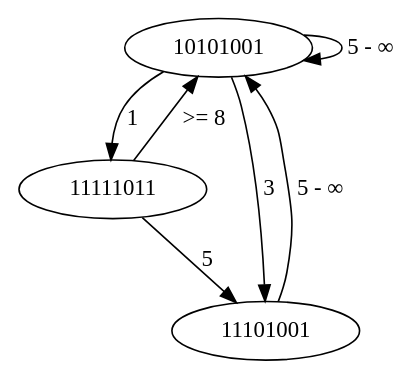
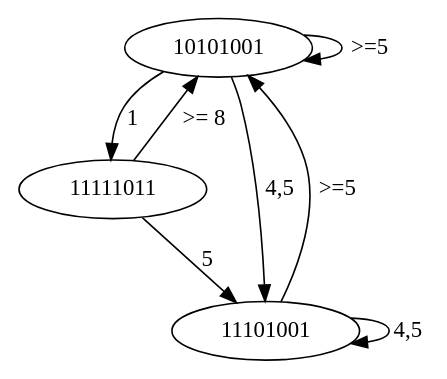
One commit to Sholde/Graph changed the diagram in reduced_graph.dot. Above: the diagram before and after it, drawn with Graphviz. The commit also changed 3 other files, not shown here.

```diff
--- a/reduced_graph.dot
+++ b/reduced_graph.dot
@@ -1,13 +1,13 @@
 digraph {
-    10101001 -> 10101001[label="5 - ∞",weight="1"];
+    // 10101001
+    10101001 -> 10101001[label=">=5",weight="1"];
+    10101001 -> 11111011[label="1",weight="1"];
+    10101001 -> 11101001[label="4,5",weight="1"];
 
-    10101001 -> 11111011[label="1",weight="1"];
+    // 11111011
+    11111011 -> 11101001[label="5",weight="1"];
+    11111011 -> 10101001[label=">= 8",weight="1"];
 
-    10101001 -> 11101001[label="3",weight="1"];
-
-    11111011 -> 11101001[label="5",weight="1"];
-
-    11101001 -> 10101001[label="5 - ∞",weight="1"];
-
-    11111011 -> 10101001[label=">= 8",weight="1"];
+    11101001 -> 10101001[label=">=5",weight="1"];
+    11101001 -> 11101001[label="4,5",weight="1"];
 }
```
